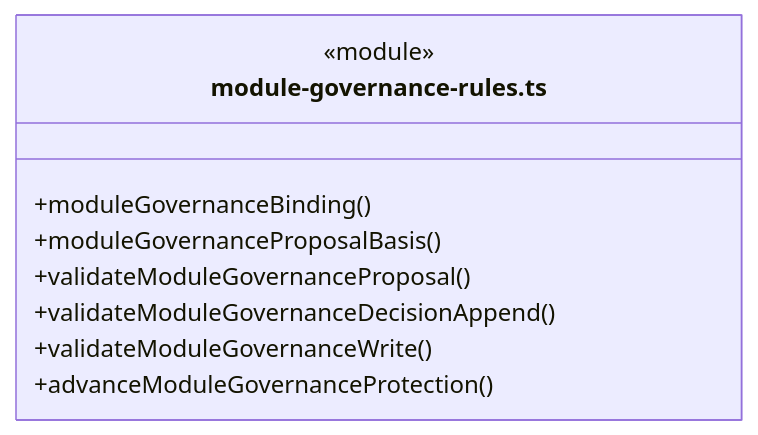
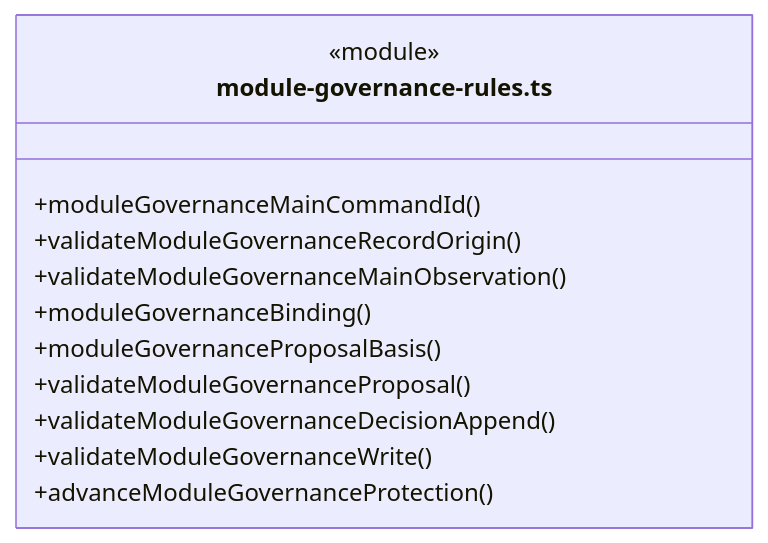
One commit to nan023062/cbim changed the first of 13 diagrams in src/backend/core/governance/ARCHITECTURE.md. Above: the diagram before and after it, drawn with Mermaid. The commit also changed other lines of this file and 53 other files, not shown here.

````diff
--- a/src/backend/core/governance/ARCHITECTURE.md
+++ b/src/backend/core/governance/ARCHITECTURE.md
@@ -20,12 +21,15 @@
 ```mermaid
 classDiagram
 class N_src_backend_core_governance_module_governance_rules_ts["module-governance-rules.ts"] {
   <<module>>
+  +moduleGovernanceMainCommandId()
+  +validateModuleGovernanceRecordOrigin()
+  +validateModuleGovernanceMainObservation()
   +moduleGovernanceBinding()
   +moduleGovernanceProposalBasis()
   +validateModuleGovernanceProposal()
   +validateModuleGovernanceDecisionAppend()
   +validateModuleGovernanceWrite()
   +advanceModuleGovernanceProtection()
 }
 ```
````
